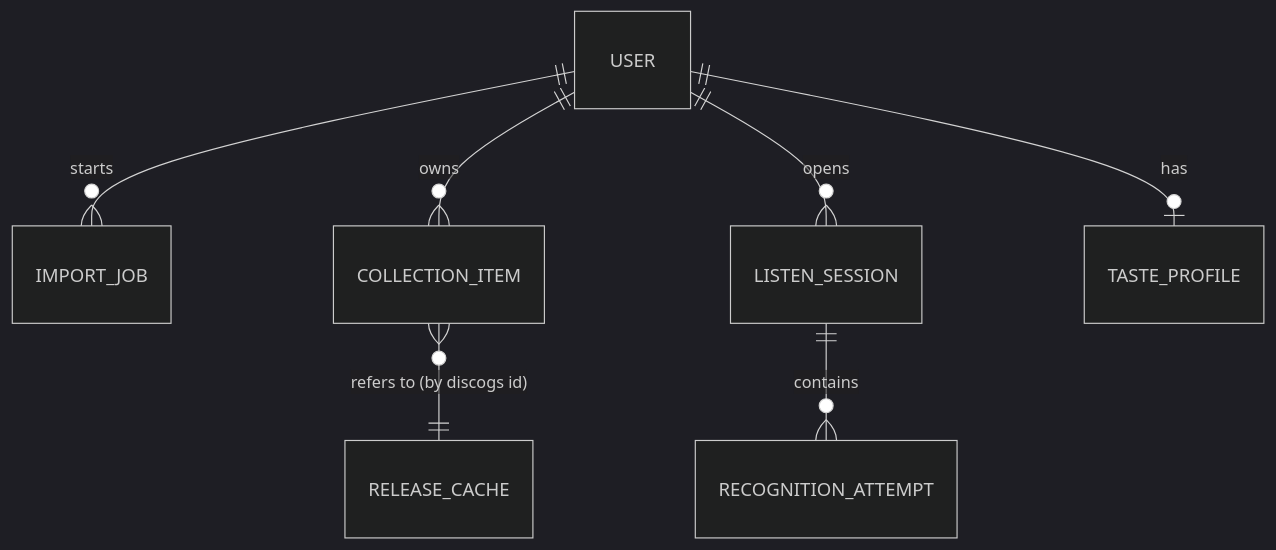
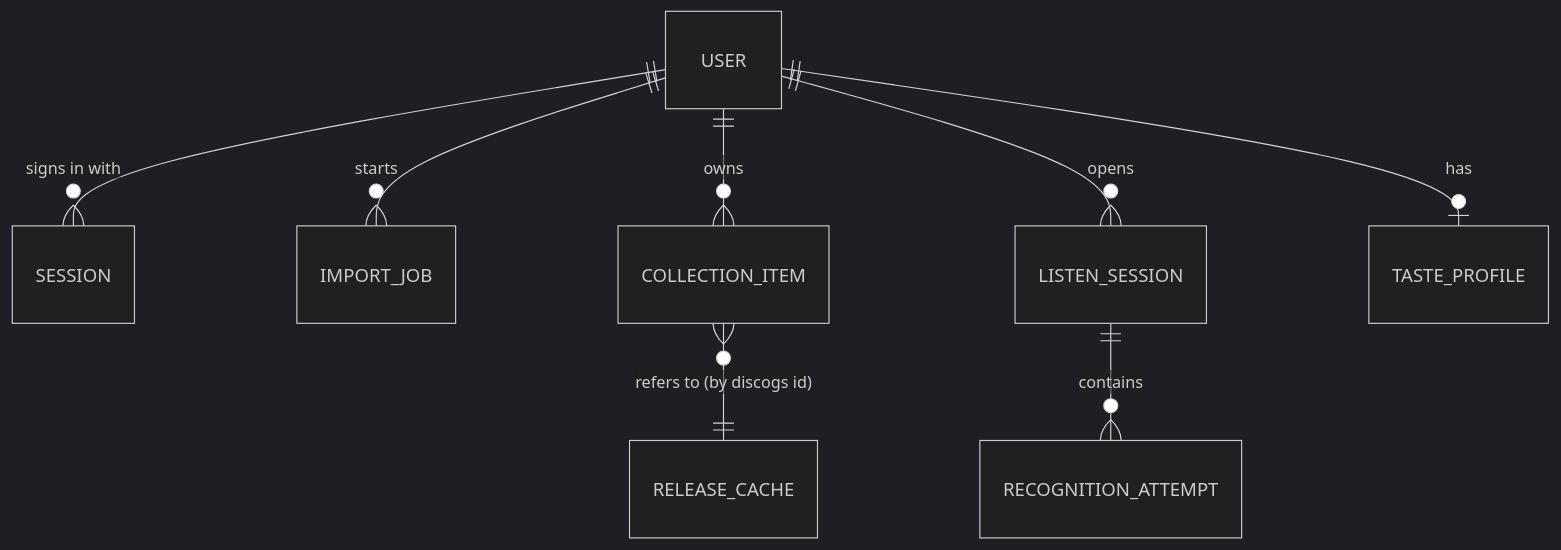
Before and after one commit to melody-goh/vinylshelf: the first of 2 diagrams in docs/domain-model.md, drawn with Mermaid (dark theme). The commit also changed other lines of this file and 2 other files, not shown here.

````diff
--- a/docs/domain-model.md
+++ b/docs/domain-model.md
@@ -15,9 +16,10 @@
 ```mermaid
 erDiagram
+    USER ||--o{ SESSION : "signs in with"
     USER ||--o{ IMPORT_JOB : starts
     USER ||--o{ COLLECTION_ITEM : owns
     USER ||--o{ LISTEN_SESSION : opens
     LISTEN_SESSION ||--o{ RECOGNITION_ATTEMPT : contains
     COLLECTION_ITEM }o--|| RELEASE_CACHE : "refers to (by discogs id)"
     USER ||--o| TASTE_PROFILE : has
 ```
````
